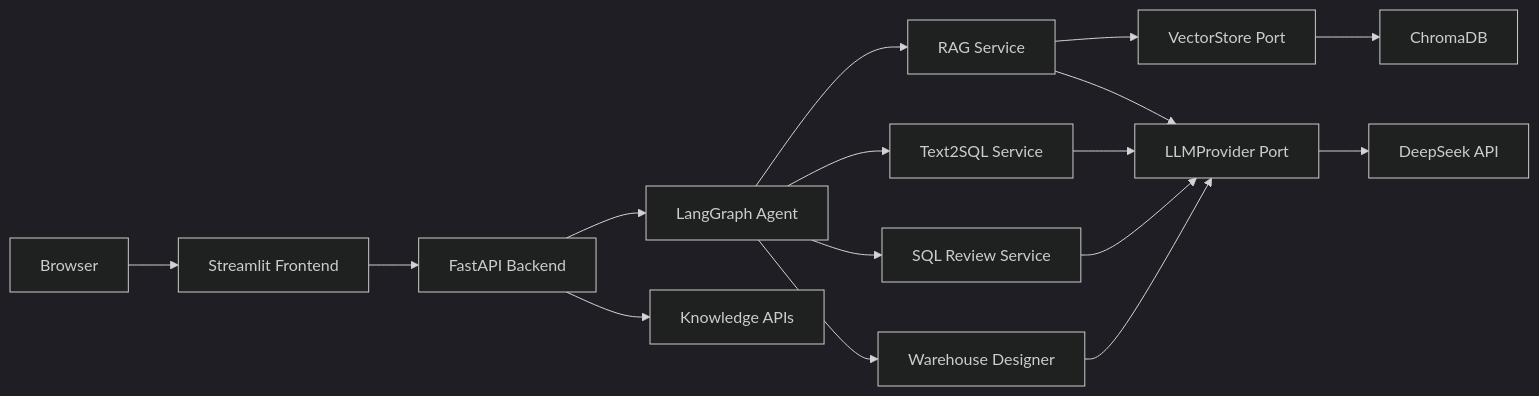
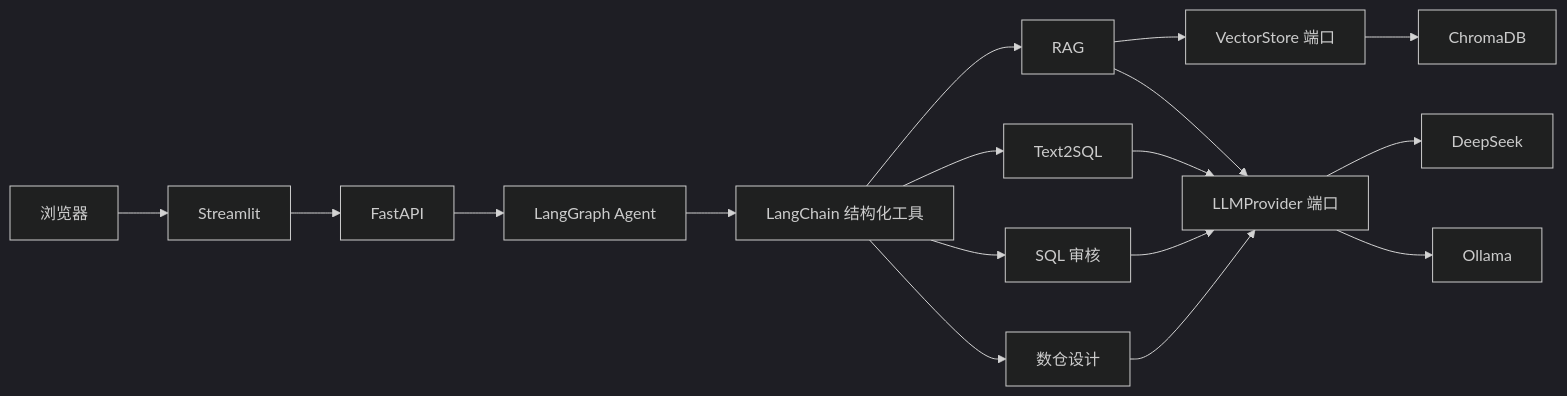
The second of 7 diagrams in docs/ARCHITECTURE.md (plutoczm/DataCopilot), drawn with Mermaid (dark theme) before and after one commit. The commit also changed other lines of this file and 152 other files, not shown here.

````diff
--- a/docs/ARCHITECTURE.md
+++ b/docs/ARCHITECTURE.md
@@ -50,18 +52,19 @@
 ```mermaid
 flowchart LR
-    Browser[Browser] --> Streamlit[Streamlit Frontend]
-    Streamlit --> FastAPI[FastAPI Backend]
-    FastAPI --> Agent[LangGraph Agent]
-    FastAPI --> Knowledge[Knowledge APIs]
-    Agent --> RAG[RAG Service]
-    Agent --> Text2SQL[Text2SQL Service]
-    Agent --> Review[SQL Review Service]
-    Agent --> Warehouse[Warehouse Designer]
-    RAG --> VectorPort[VectorStore Port]
-    RAG --> LLMPort[LLMProvider Port]
-    Text2SQL --> LLMPort
+    Browser[浏览器] --> UI[Streamlit]
+    UI --> API[FastAPI]
+    API --> Agent[LangGraph Agent]
+    Agent --> Tools[LangChain 结构化工具]
+    Tools --> RAG[RAG]
+    Tools --> T2S[Text2SQL]
+    Tools --> Review[SQL 审核]
+    Tools --> Warehouse[数仓设计]
+    RAG --> VectorPort[VectorStore 端口]
+    RAG --> LLMPort[LLMProvider 端口]
+    T2S --> LLMPort
     Review --> LLMPort
     Warehouse --> LLMPort
     VectorPort --> Chroma[ChromaDB]
-    LLMPort --> DeepSeek[DeepSeek API]
+    LLMPort --> DeepSeek[DeepSeek]
+    LLMPort --> Ollama[Ollama]
 ```
````
